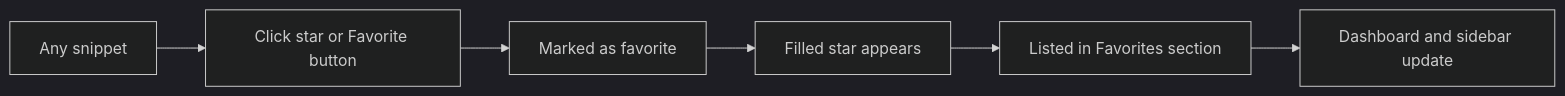
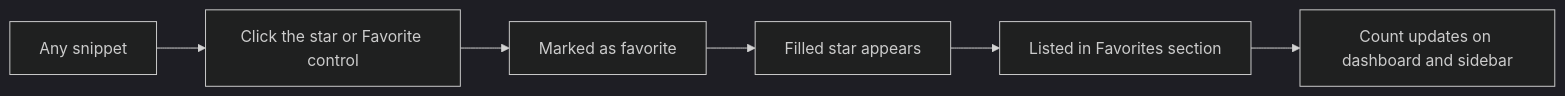
The first of 3 diagrams in dromeas/docs/api2-documentation/plan_2026-10-29_a4fa76/user-facing-docs/favorites-management.md (Mohita111/API2), drawn with Mermaid (dark theme) before and after one commit. The commit also changed other lines of this file and 11 other files, not shown here.

````diff
--- a/dromeas/docs/api2-documentation/plan_2026-10-29_a4fa76/user-facing-docs/favorites-management.md
+++ b/dromeas/docs/api2-documentation/plan_2026-10-29_a4fa76/user-facing-docs/favorites-management.md
@@ -6,8 +6,8 @@
 ```mermaid
 graph LR
-  A[Any snippet] --> B[Click star or Favorite button]
+  A[Any snippet] --> B[Click the star or Favorite control]
   B --> C[Marked as favorite]
   C --> D[Filled star appears]
   D --> E[Listed in Favorites section]
-  E --> F[Dashboard and sidebar update]
+  E --> F[Count updates on dashboard and sidebar]
 ```
````
